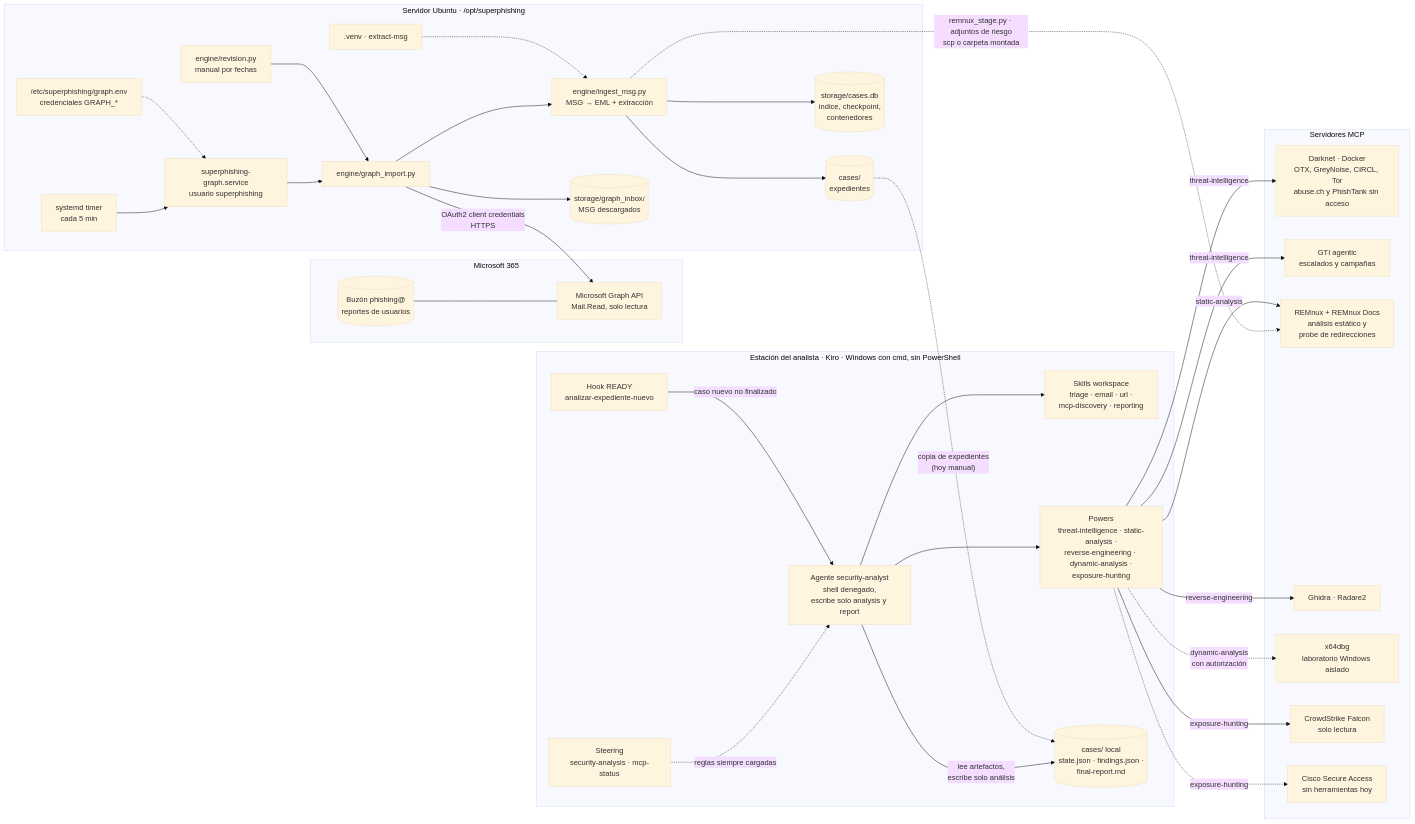
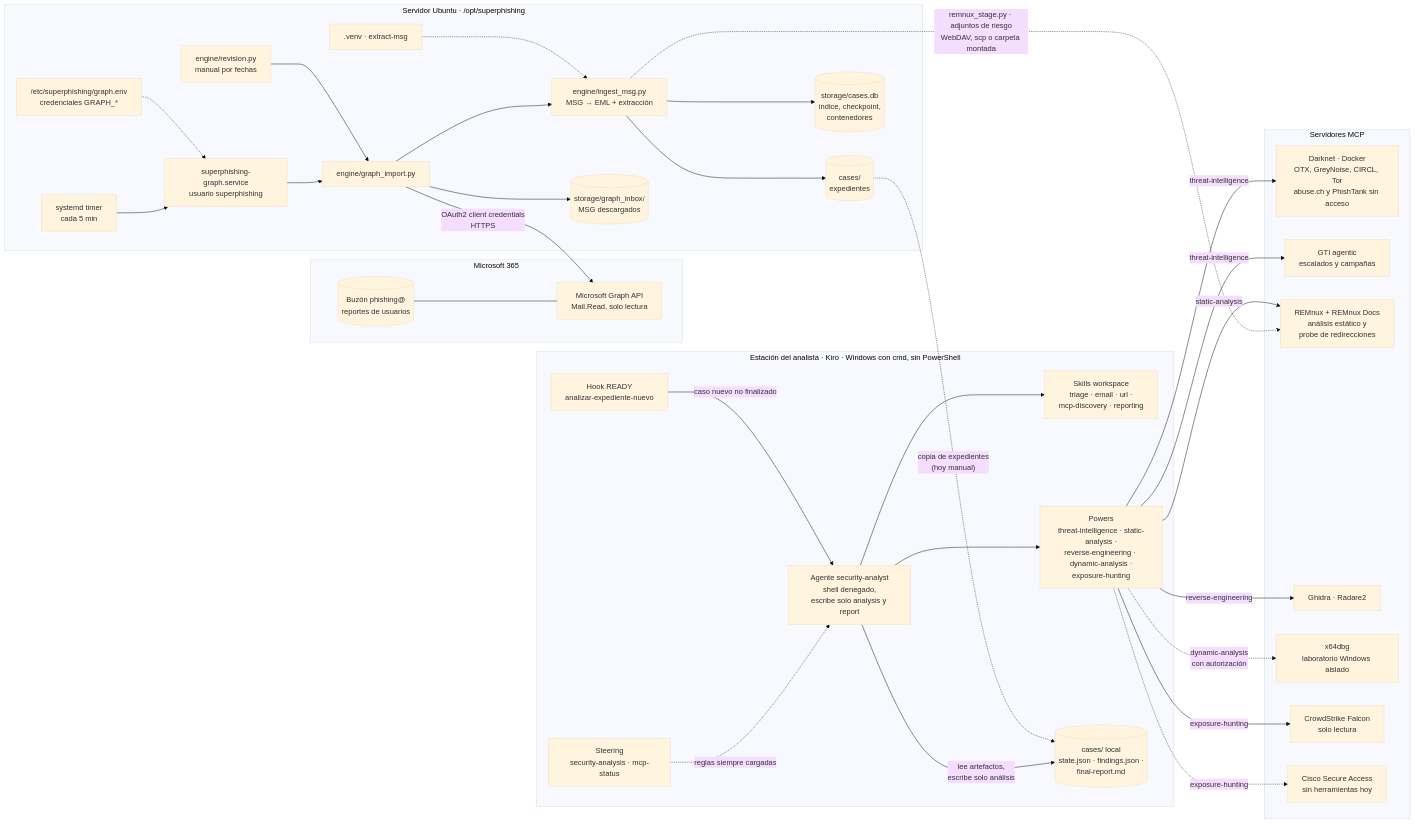
Before and after one commit to aemunozr/superphishing: the first of 2 diagrams in README.md, drawn with Mermaid (base theme). The commit also changed other lines of this file and 1 other file, not shown here.

````diff
--- a/README.md
+++ b/README.md
@@ -16,55 +16,55 @@
 ```mermaid
 flowchart LR
     subgraph M365["Microsoft 365"]
         MB[("Buzón phishing@<br/>reportes de usuarios")]
         GR[Microsoft Graph API<br/>Mail.Read, solo lectura]
         MB --- GR
     end
 
     subgraph SRV["Servidor Ubuntu · /opt/superphishing"]
         TM[systemd timer<br/>cada 5 min] --> SV[superphishing-graph.service<br/>usuario superphishing]
         SV --> GI[engine/graph_import.py]
         RV[engine/revision.py<br/>manual por fechas] --> GI
         GI --> IN[engine/ingest_msg.py<br/>MSG → EML + extracción]
         IN --> CS[("cases/<br/>expedientes")]
         IN --> DB[("storage/cases.db<br/>índice, checkpoint,<br/>contenedores")]
         GI --> ST[("storage/graph_inbox/<br/>MSG descargados")]
         ENV["/etc/superphishing/graph.env<br/>credenciales GRAPH_*"] -.-> SV
         VENV[.venv · extract-msg] -.-> IN
     end
 
     subgraph WS["Estación del analista · Kiro · Windows con cmd, sin PowerShell"]
         STR[Steering<br/>security-analysis · mcp-status]
         HK[Hook READY<br/>analizar-expediente-nuevo]
         AG["Agente security-analyst<br/>shell denegado,<br/>escribe solo analysis y report"]
         SK[Skills workspace<br/>triage · email · url ·<br/>mcp-discovery · reporting]
         PW[Powers<br/>threat-intelligence · static-analysis ·<br/>reverse-engineering · dynamic-analysis ·<br/>exposure-hunting]
         STR -.->|reglas siempre cargadas| AG
         HK -->|caso nuevo no finalizado| AG
         AG --> SK
         AG --> PW
         CL[("cases/ local<br/>state.json · findings.json ·<br/>final-report.md")]
         AG -->|lee artefactos,<br/>escribe solo análisis| CL
     end
 
     subgraph MCP["Servidores MCP"]
         DN[Darknet · Docker<br/>OTX, GreyNoise, CIRCL, Tor<br/>abuse.ch y PhishTank sin acceso]
         GT[GTI agentic<br/>escalados y campañas]
         RM[REMnux + REMnux Docs<br/>análisis estático y<br/>probe de redirecciones]
         RE[Ghidra · Radare2]
         XD[x64dbg<br/>laboratorio Windows aislado]
         FL[CrowdStrike Falcon<br/>solo lectura]
         CSA[Cisco Secure Access<br/>sin herramientas hoy]
     end
 
     GI -->|OAuth2 client credentials<br/>HTTPS| GR
-    IN -.->|"remnux_stage.py · adjuntos de riesgo<br/>scp o carpeta montada"| RM
+    IN -.->|"remnux_stage.py · adjuntos de riesgo<br/>WebDAV, scp o carpeta montada"| RM
     CS -. "copia de expedientes<br/>(hoy manual)" .-> CL
     PW -->|threat-intelligence| DN
     PW -->|threat-intelligence| GT
     PW -->|static-analysis| RM
     PW -->|reverse-engineering| RE
     PW -.->|dynamic-analysis<br/>con autorización| XD
     PW -->|exposure-hunting| FL
     PW -.->|exposure-hunting| CSA
 ```
````
